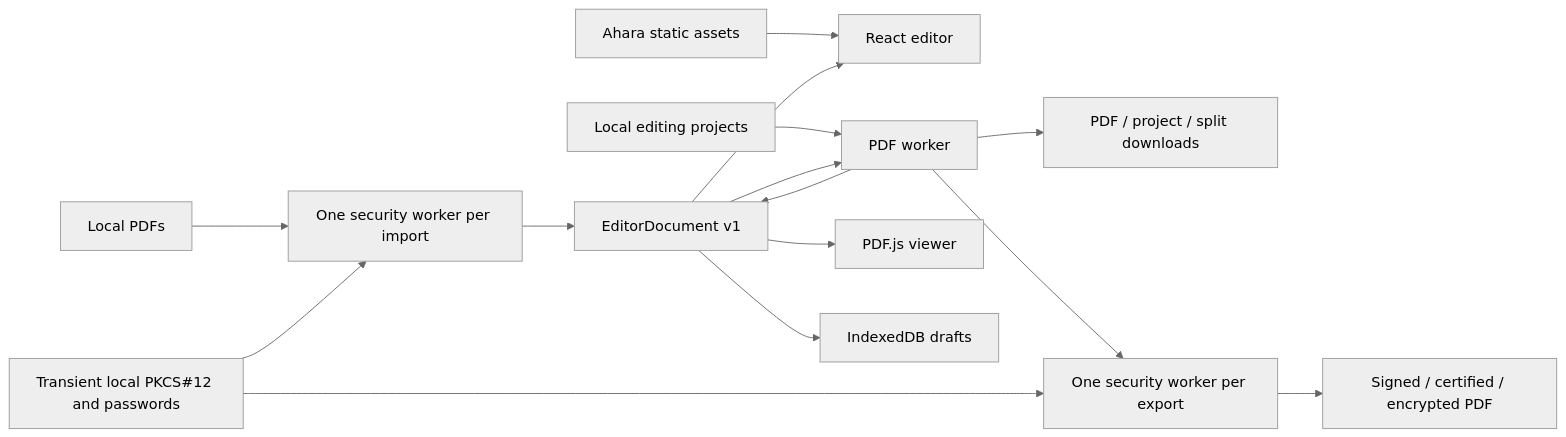
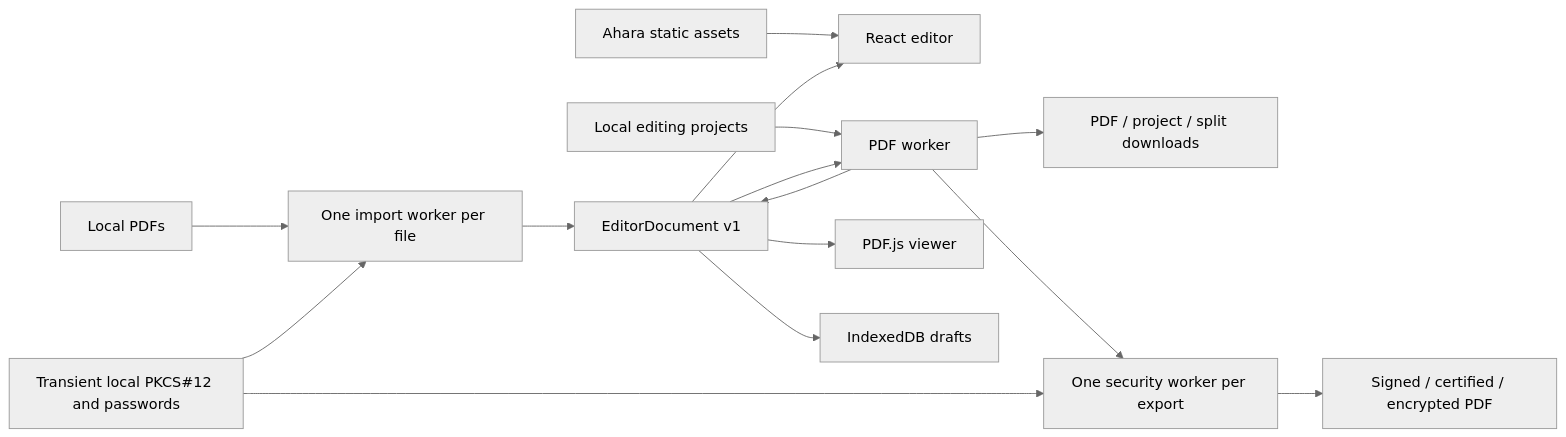
One commit to chris-arsenault/pdfree changed the diagram in docs/architecture.md. Above: the diagram before and after it, drawn with Mermaid (neutral theme). The commit also changed other lines of this file and 336 other files, not shown here.

````diff
--- a/docs/architecture.md
+++ b/docs/architecture.md
@@ -11,17 +11,17 @@
 ```mermaid
 flowchart LR
   CDN[Ahara static assets] --> UI[React editor]
-  Files[Local PDFs] --> Import[One security worker per import]
+  Files[Local PDFs] --> Import[One import worker per file]
   Import --> Model[EditorDocument v1]
   Projects[Local editing projects] --> Worker[PDF worker]
   Worker --> Model[EditorDocument v1]
   Model --> UI
   Model --> Viewer[PDF.js viewer]
   Model --> Drafts[IndexedDB drafts]
   Model --> Worker
   Worker --> Saves[PDF / project / split downloads]
   Worker --> Security[One security worker per export]
   Credentials[Transient local PKCS#12 and passwords] --> Security
   Credentials --> Import
   Security --> Protected[Signed / certified / encrypted PDF]
 ```
````
